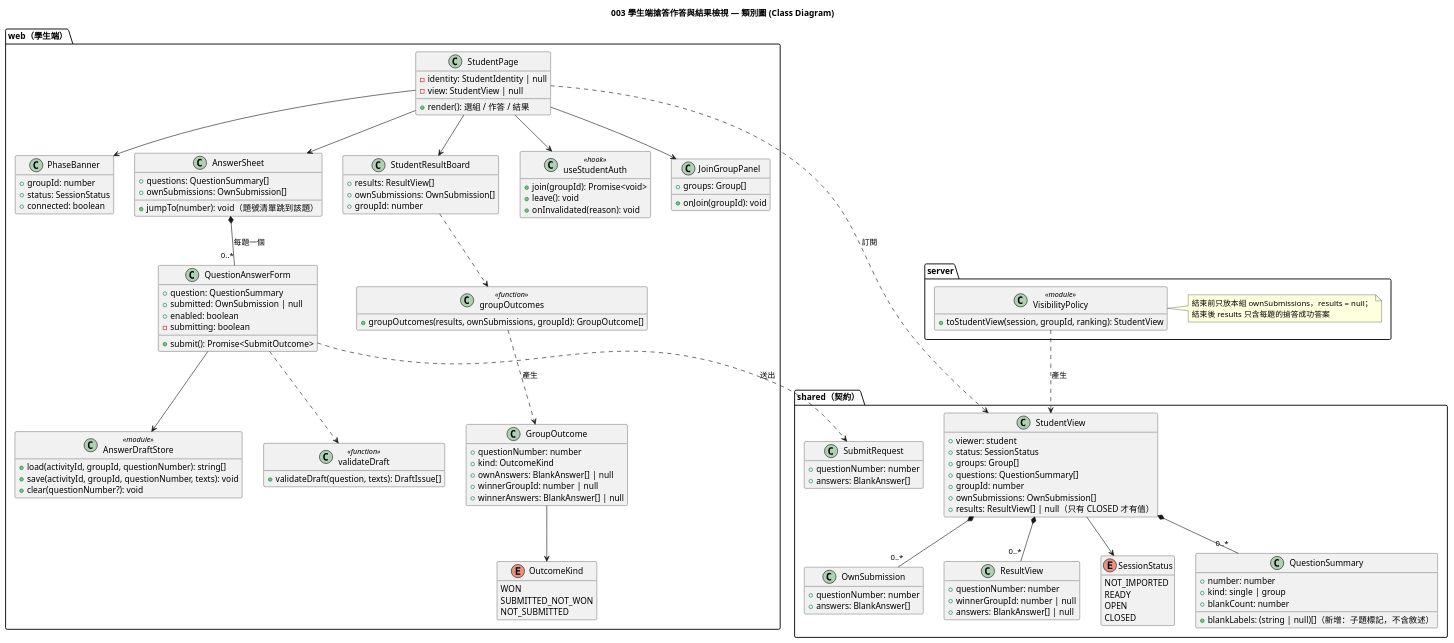
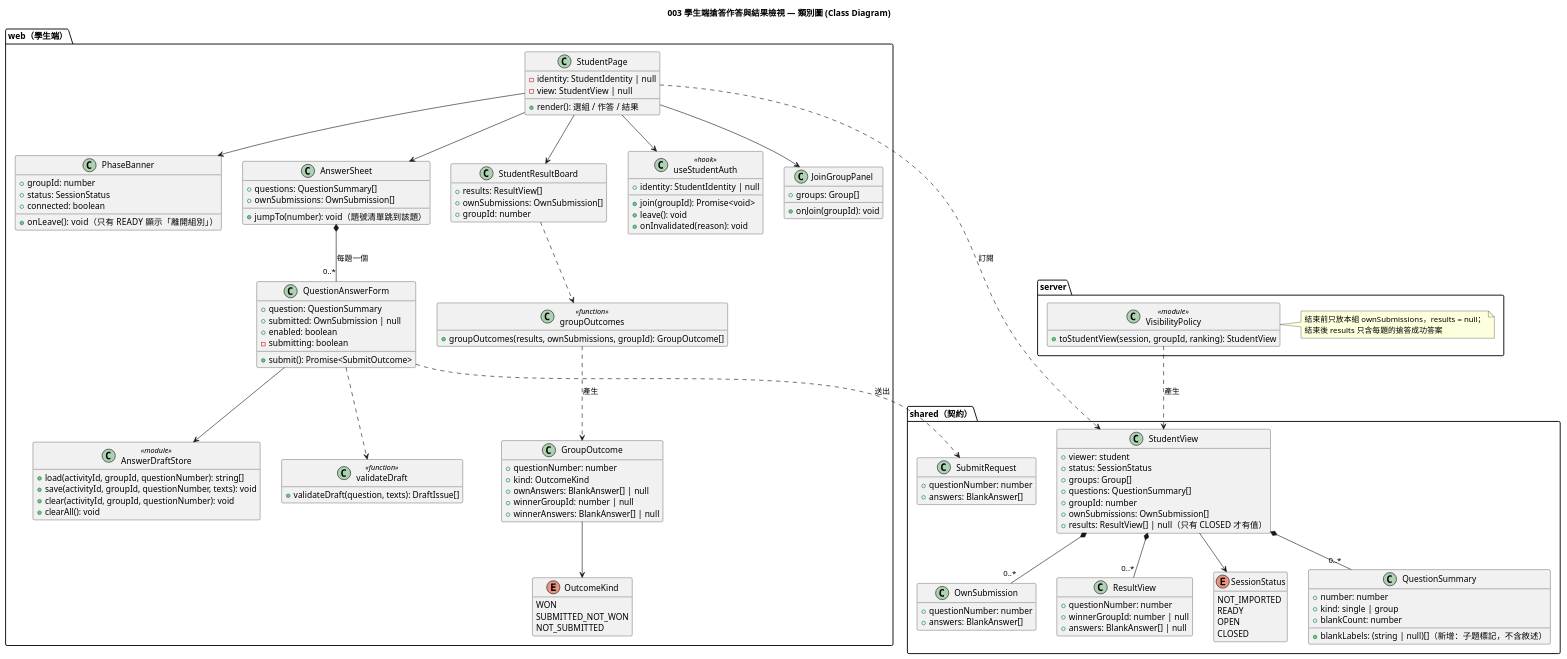
Before and after one commit to kevin20694569/classroom_response_system: the diagram in diagrams/003-student-quiz-participation-class.puml, drawn with PlantUML. The commit also changed 10 other files, not shown here.

```diff
--- a/diagrams/003-student-quiz-participation-class.puml
+++ b/diagrams/003-student-quiz-participation-class.puml
@@ -1,134 +1,137 @@
 @startuml 003-student-quiz-participation-class
 ' 子功能 003：學生端搶答作答與結果檢視 — 類別圖（只列出本子功能新增或修改的成員；其餘沿用 001、002 類別圖）
 skinparam defaultFontName "PingFang TC"
 hide empty members
 title 003 學生端搶答作答與結果檢視 — 類別圖 (Class Diagram)
 
 package "shared（契約）" {
   enum SessionStatus {
     NOT_IMPORTED
     READY
     OPEN
     CLOSED
   }
   class QuestionSummary {
     +number: number
     +kind: single | group
     +blankCount: number
     +blankLabels: (string | null)[]（新增：子題標記，不含敘述）
   }
   class OwnSubmission {
     +questionNumber: number
     +answers: BlankAnswer[]
   }
   class ResultView {
     +questionNumber: number
     +winnerGroupId: number | null
     +answers: BlankAnswer[] | null
   }
   class StudentView {
     +viewer: student
     +status: SessionStatus
     +groups: Group[]
     +questions: QuestionSummary[]
     +groupId: number
     +ownSubmissions: OwnSubmission[]
     +results: ResultView[] | null（只有 CLOSED 才有值）
   }
   class SubmitRequest {
     +questionNumber: number
     +answers: BlankAnswer[]
   }
   StudentView *-- "0..*" QuestionSummary
   StudentView *-- "0..*" OwnSubmission
   StudentView *-- "0..*" ResultView
   StudentView --> SessionStatus
 }
 
 package "server" {
   class VisibilityPolicy <<module>> {
     +toStudentView(session, groupId, ranking): StudentView
   }
   note right of VisibilityPolicy
     結束前只放本組 ownSubmissions，results = null；
     結束後 results 只含每題的搶答成功答案
   end note
   VisibilityPolicy ..> StudentView : 產生
 }
 
 package "web（學生端）" {
   class StudentPage {
     -identity: StudentIdentity | null
     -view: StudentView | null
     +render(): 選組 / 作答 / 結果
   }
   class useStudentAuth <<hook>> {
+    +identity: StudentIdentity | null
     +join(groupId): Promise<void>
     +leave(): void
     +onInvalidated(reason): void
   }
   class JoinGroupPanel {
     +groups: Group[]
     +onJoin(groupId): void
   }
   class PhaseBanner {
     +groupId: number
     +status: SessionStatus
     +connected: boolean
+    +onLeave(): void（只有 READY 顯示「離開組別」）
   }
   class AnswerSheet {
     +questions: QuestionSummary[]
     +ownSubmissions: OwnSubmission[]
     +jumpTo(number): void（題號清單跳到該題）
   }
   class QuestionAnswerForm {
     +question: QuestionSummary
     +submitted: OwnSubmission | null
     +enabled: boolean
     -submitting: boolean
     +submit(): Promise<SubmitOutcome>
   }
   class AnswerDraftStore <<module>> {
     +load(activityId, groupId, questionNumber): string[]
     +save(activityId, groupId, questionNumber, texts): void
-    +clear(questionNumber?): void
+    +clear(activityId, groupId, questionNumber): void
+    +clearAll(): void
   }
   class validateDraft <<function>> {
     +validateDraft(question, texts): DraftIssue[]
   }
   class StudentResultBoard {
     +results: ResultView[]
     +ownSubmissions: OwnSubmission[]
     +groupId: number
   }
   class groupOutcomes <<function>> {
     +groupOutcomes(results, ownSubmissions, groupId): GroupOutcome[]
   }
   enum OutcomeKind {
     WON
     SUBMITTED_NOT_WON
     NOT_SUBMITTED
   }
   class GroupOutcome {
     +questionNumber: number
     +kind: OutcomeKind
     +ownAnswers: BlankAnswer[] | null
     +winnerGroupId: number | null
     +winnerAnswers: BlankAnswer[] | null
   }
 
   StudentPage --> useStudentAuth
   StudentPage --> JoinGroupPanel
   StudentPage --> PhaseBanner
   StudentPage --> AnswerSheet
   StudentPage --> StudentResultBoard
   AnswerSheet *-- "0..*" QuestionAnswerForm : 每題一個
   QuestionAnswerForm --> AnswerDraftStore
   QuestionAnswerForm ..> validateDraft
   QuestionAnswerForm ..> SubmitRequest : 送出
   StudentResultBoard ..> groupOutcomes
   groupOutcomes ..> GroupOutcome : 產生
   GroupOutcome --> OutcomeKind
   StudentPage ..> StudentView : 訂閱
 }
 @enduml
```
